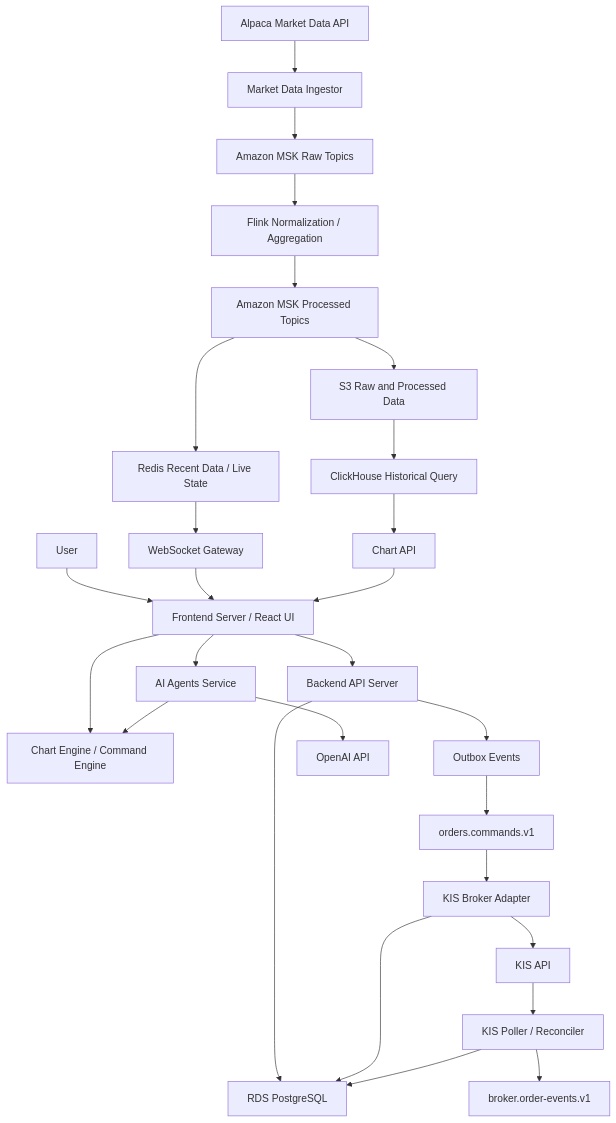
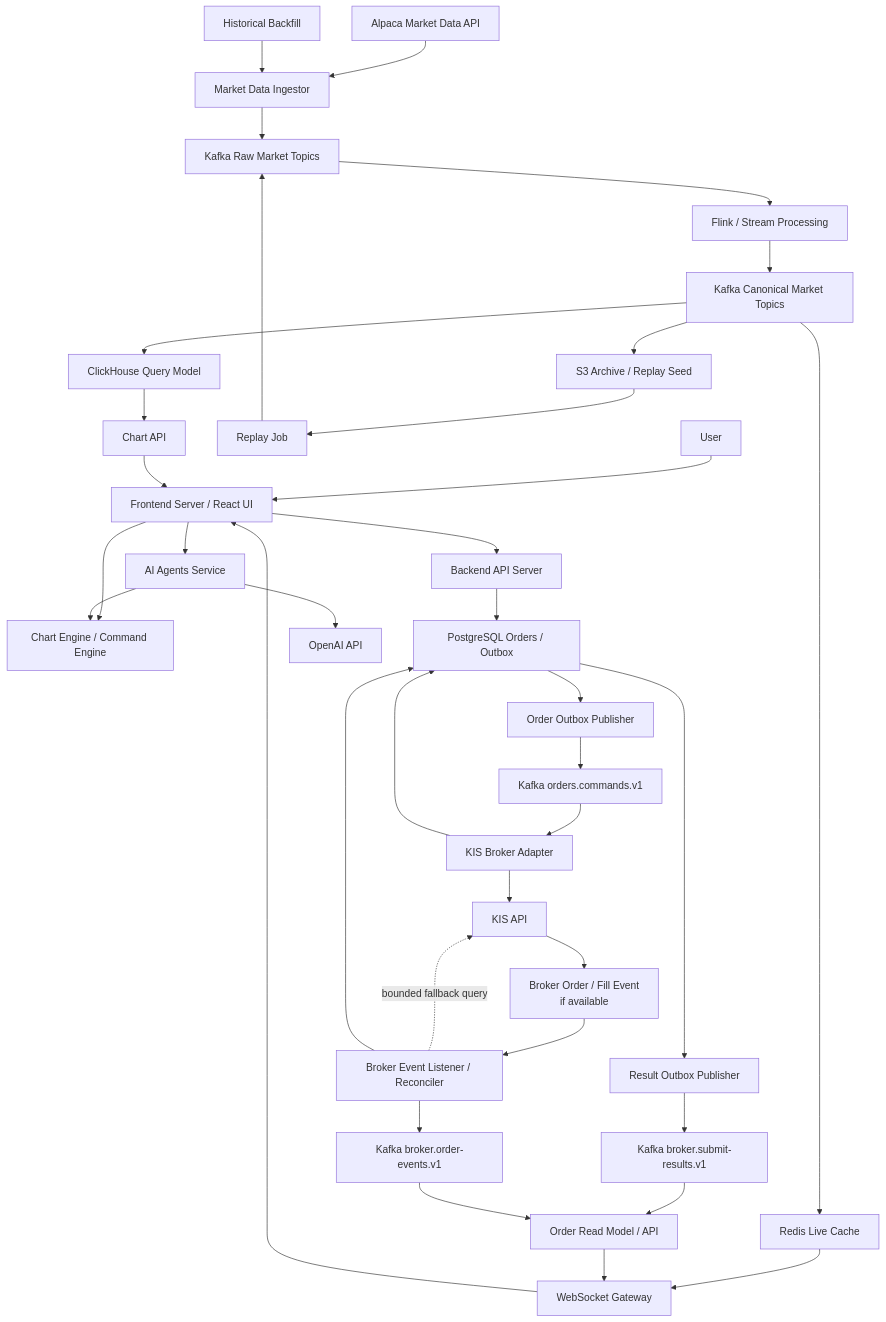
The diagram in docs/gops-integrated-spec.md (seunglee10/GOPS-BE), drawn with Mermaid before and after one commit. The commit also changed other lines of this file and 30 other files, not shown here.

````diff
--- a/docs/gops-integrated-spec.md
+++ b/docs/gops-integrated-spec.md
@@ -33,33 +54,43 @@
 ```mermaid
 flowchart TD
   User["User"] --> FE["Frontend Server / React UI"]
 
   Alpaca["Alpaca Market Data API"] --> Ingestor["Market Data Ingestor"]
-  Ingestor --> RawKafka["Amazon MSK Raw Topics"]
-  RawKafka --> Flink["Flink Normalization / Aggregation"]
-  Flink --> ProcessedKafka["Amazon MSK Processed Topics"]
-  ProcessedKafka --> Redis["Redis Recent Data / Live State"]
-  ProcessedKafka --> S3["S3 Raw and Processed Data"]
-  S3 --> ClickHouse["ClickHouse Historical Query"]
+  Backfill["Historical Backfill"] --> Ingestor
+  Ingestor --> RawTopics["Kafka Raw Market Topics"]
+  RawTopics --> Flink["Flink / Stream Processing"]
+  Flink --> MarketTopics["Kafka Canonical Market Topics"]
+  MarketTopics --> Redis["Redis Live Cache"]
+  MarketTopics --> ClickHouse["ClickHouse Query Model"]
+  MarketTopics --> S3["S3 Archive / Replay Seed"]
+  S3 --> Replay["Replay Job"]
+  Replay --> RawTopics
 
   Redis --> WSGW["WebSocket Gateway"]
   ClickHouse --> ChartAPI["Chart API"]
   WSGW --> FE
   ChartAPI --> FE
   FE --> ChartEngine["Chart Engine / Command Engine"]
 
   FE --> API["Backend API Server"]
-  API --> Postgres["RDS PostgreSQL"]
-  API --> OrderOutbox["Outbox Events"]
-  OrderOutbox --> OrderKafka["orders.commands.v1"]
-  OrderKafka --> Adapter["KIS Broker Adapter"]
+  API --> OrderDB["PostgreSQL Orders / Outbox"]
+  OrderDB --> CmdOutbox["Order Outbox Publisher"]
+  CmdOutbox --> OrderCommands["Kafka orders.commands.v1"]
+  OrderCommands --> Adapter["KIS Broker Adapter"]
   Adapter --> KIS["KIS API"]
-  Adapter --> Postgres
-  KIS --> Poller["KIS Poller / Reconciler"]
-  Poller --> Postgres
-  Poller --> BrokerEvents["broker.order-events.v1"]
+  Adapter --> OrderDB
+  OrderDB --> ResultOutbox["Result Outbox Publisher"]
+  ResultOutbox --> SubmitResults["Kafka broker.submit-results.v1"]
+  KIS --> BrokerEvent["Broker Order / Fill Event<br/>if available"]
+  BrokerEvent --> BrokerSync["Broker Event Listener / Reconciler"]
+  BrokerSync -. "bounded fallback query" .-> KIS
+  BrokerSync --> OrderDB
+  BrokerSync --> BrokerEvents["Kafka broker.order-events.v1"]
+  SubmitResults --> OrderReadModel["Order Read Model / API"]
+  BrokerEvents --> OrderReadModel
+  OrderReadModel --> WSGW
 
   FE --> AI["AI Agents Service"]
   AI --> OpenAI["OpenAI API"]
   AI --> ChartEngine
 ```
````
